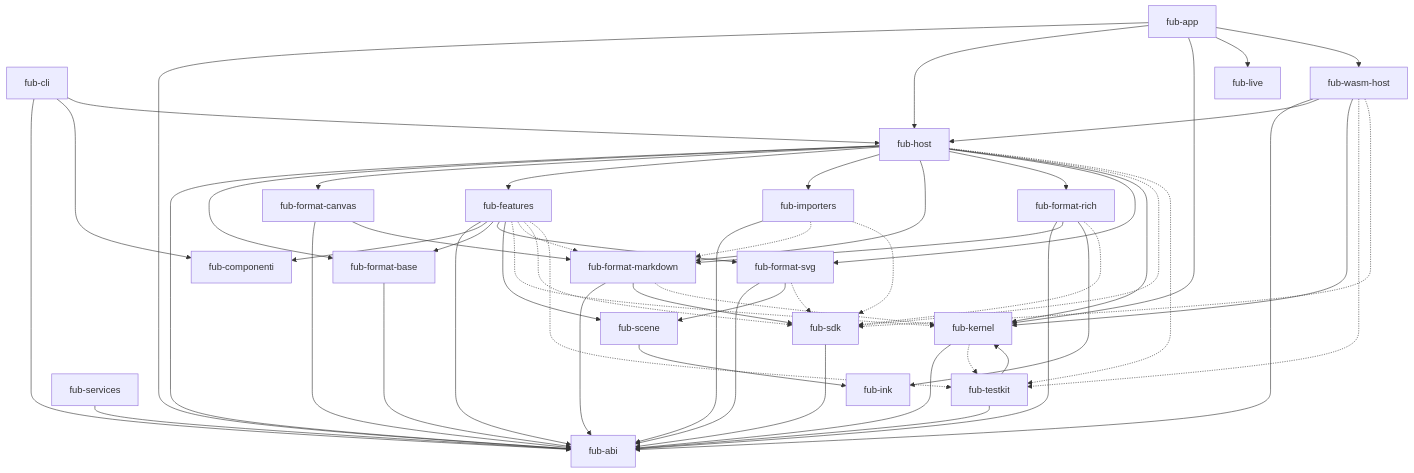
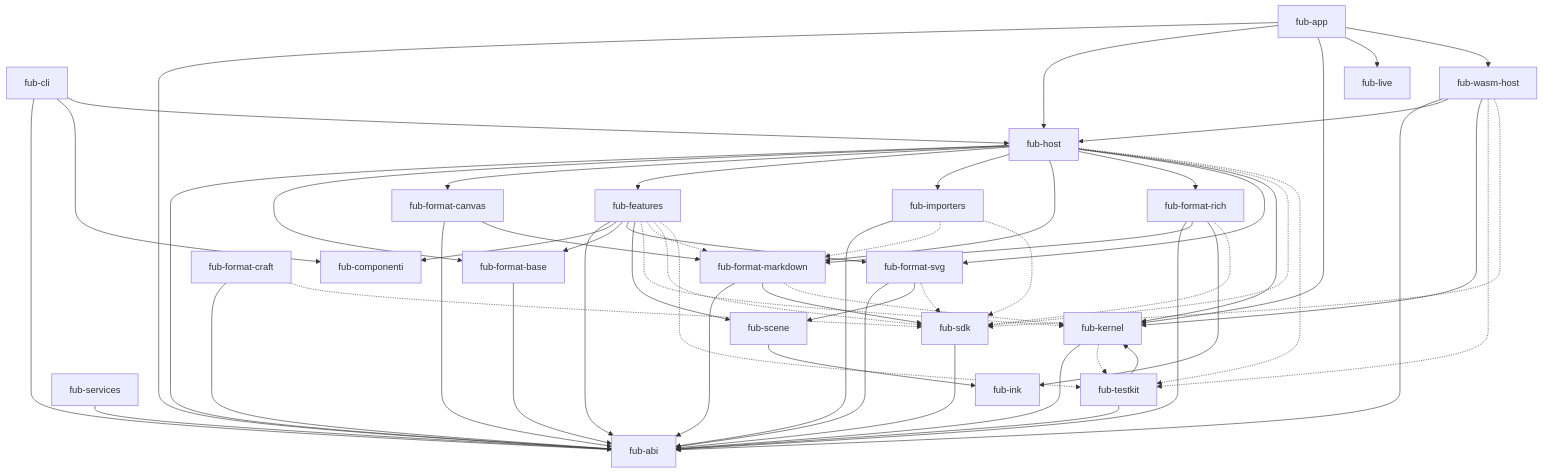
One commit to Fubeo/Fub changed the first of 4 diagrams in docs/architecture/overview.md. Above: the diagram before and after it, drawn with Mermaid. The commit also changed 8 other files, not shown here.

````diff
--- a/docs/architecture/overview.md
+++ b/docs/architecture/overview.md
@@ -38,6 +38,7 @@
     base["fub-format-base"]
     canvas["fub-format-canvas"]
     svg["fub-format-svg"]
+    craft["fub-format-craft"]
     scene["fub-scene"]
     ink["fub-ink"]
     componenti["fub-componenti"]
@@ -86,6 +87,7 @@
     markdown --> sdk
     svg --> abi
     svg --> scene
+    craft --> abi
     scene --> ink
     wasmhost --> abi
     wasmhost --> host
@@ -108,5 +110,6 @@
     importers -.-> markdown
     importers -.-> sdk
     svg -.-> sdk
+    craft -.-> sdk
     rich -.-> sdk
 ```
````
